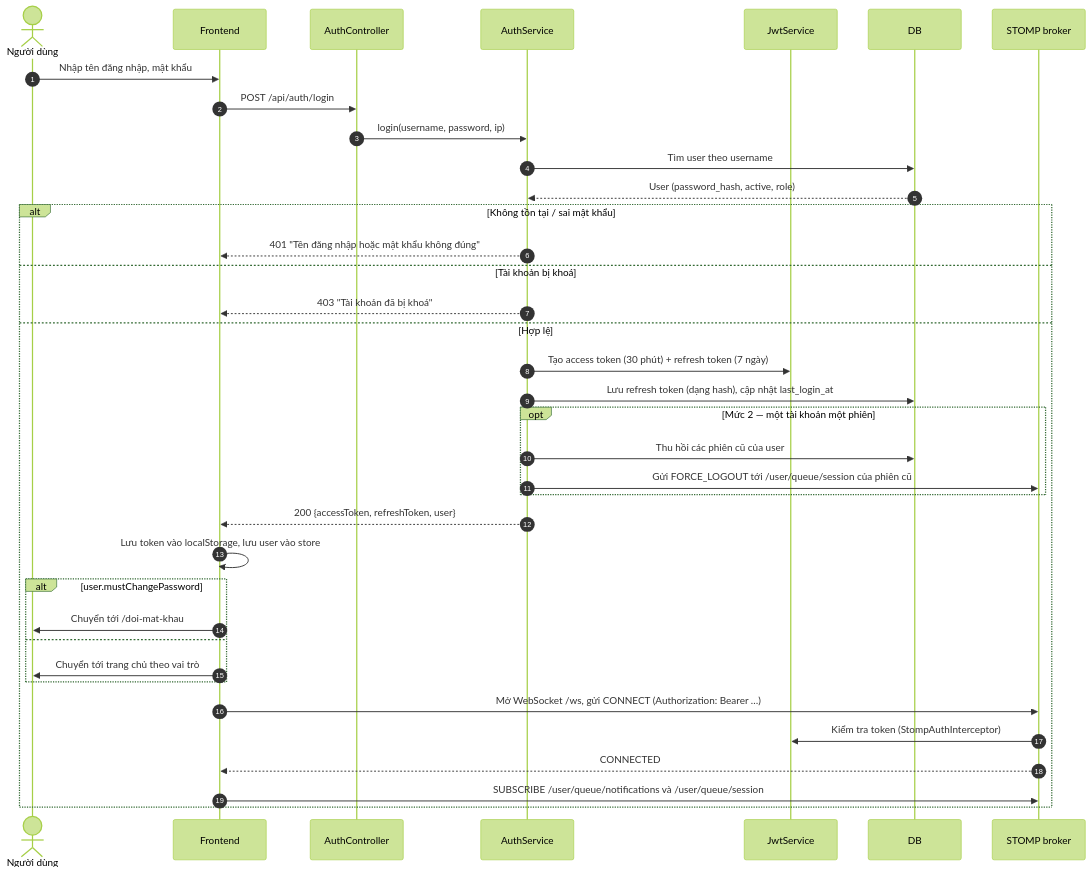
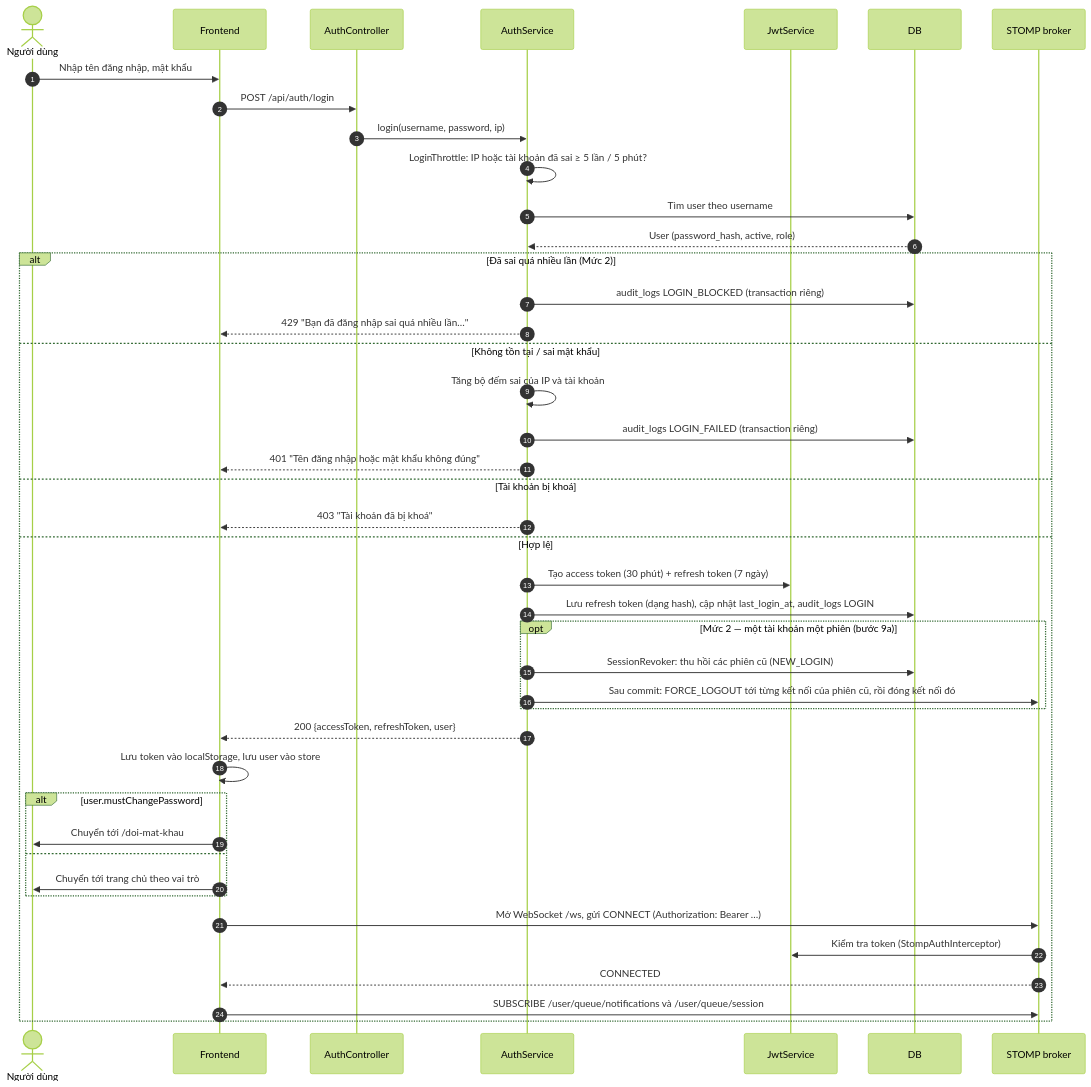
One commit to duckkthoi/ielts-system changed the first of 13 diagrams in docs/03-sequence.md. Above: the diagram before and after it, drawn with Mermaid (forest theme). The commit also changed other lines of this file and 155 other files, not shown here.

First line of the commit message:
Hoàn thiện backend Mức 1 + Mức 2: thống kê, TCP, bảo mật, realtime, Docker, kiểm thử tải, dữ liệu demo (B8 → 14, 20)

````diff
--- a/docs/03-sequence.md
+++ b/docs/03-sequence.md
@@ -40,40 +40,46 @@
 ```mermaid
 sequenceDiagram
     autonumber
     actor U as Người dùng
     participant FE as Frontend
     participant C as AuthController
     participant S as AuthService
     participant J as JwtService
     participant DB as DB
     participant WS as STOMP broker
 
     U->>FE: Nhập tên đăng nhập, mật khẩu
     FE->>C: POST /api/auth/login
     C->>S: login(username, password, ip)
+    S->>S: LoginThrottle: IP hoặc tài khoản đã sai ≥ 5 lần / 5 phút?
     S->>DB: Tìm user theo username
     DB-->>S: User (password_hash, active, role)
-    alt Không tồn tại / sai mật khẩu
+    alt Đã sai quá nhiều lần (Mức 2)
+        S->>DB: audit_logs LOGIN_BLOCKED (transaction riêng)
+        S-->>FE: 429 "Bạn đã đăng nhập sai quá nhiều lần…"
+    else Không tồn tại / sai mật khẩu
+        S->>S: Tăng bộ đếm sai của IP và tài khoản
+        S->>DB: audit_logs LOGIN_FAILED (transaction riêng)
         S-->>FE: 401 "Tên đăng nhập hoặc mật khẩu không đúng"
     else Tài khoản bị khoá
         S-->>FE: 403 "Tài khoản đã bị khoá"
     else Hợp lệ
         S->>J: Tạo access token (30 phút) + refresh token (7 ngày)
-        S->>DB: Lưu refresh token (dạng hash), cập nhật last_login_at
-        opt Mức 2 — một tài khoản một phiên
-            S->>DB: Thu hồi các phiên cũ của user
-            S->>WS: Gửi FORCE_LOGOUT tới /user/queue/session của phiên cũ
+        S->>DB: Lưu refresh token (dạng hash), cập nhật last_login_at, audit_logs LOGIN
+        opt Mức 2 — một tài khoản một phiên (bước 9a)
+            S->>DB: SessionRevoker: thu hồi các phiên cũ (NEW_LOGIN)
+            S->>WS: Sau commit: FORCE_LOGOUT tới từng kết nối của phiên cũ, rồi đóng kết nối đó
         end
         S-->>FE: 200 {accessToken, refreshToken, user}
         FE->>FE: Lưu token vào localStorage, lưu user vào store
         alt user.mustChangePassword
             FE->>U: Chuyển tới /doi-mat-khau
         else
             FE->>U: Chuyển tới trang chủ theo vai trò
         end
         FE->>WS: Mở WebSocket /ws, gửi CONNECT (Authorization: Bearer …)
         WS->>J: Kiểm tra token (StompAuthInterceptor)
         WS-->>FE: CONNECTED
         FE->>WS: SUBSCRIBE /user/queue/notifications và /user/queue/session
     end
 ```
````
